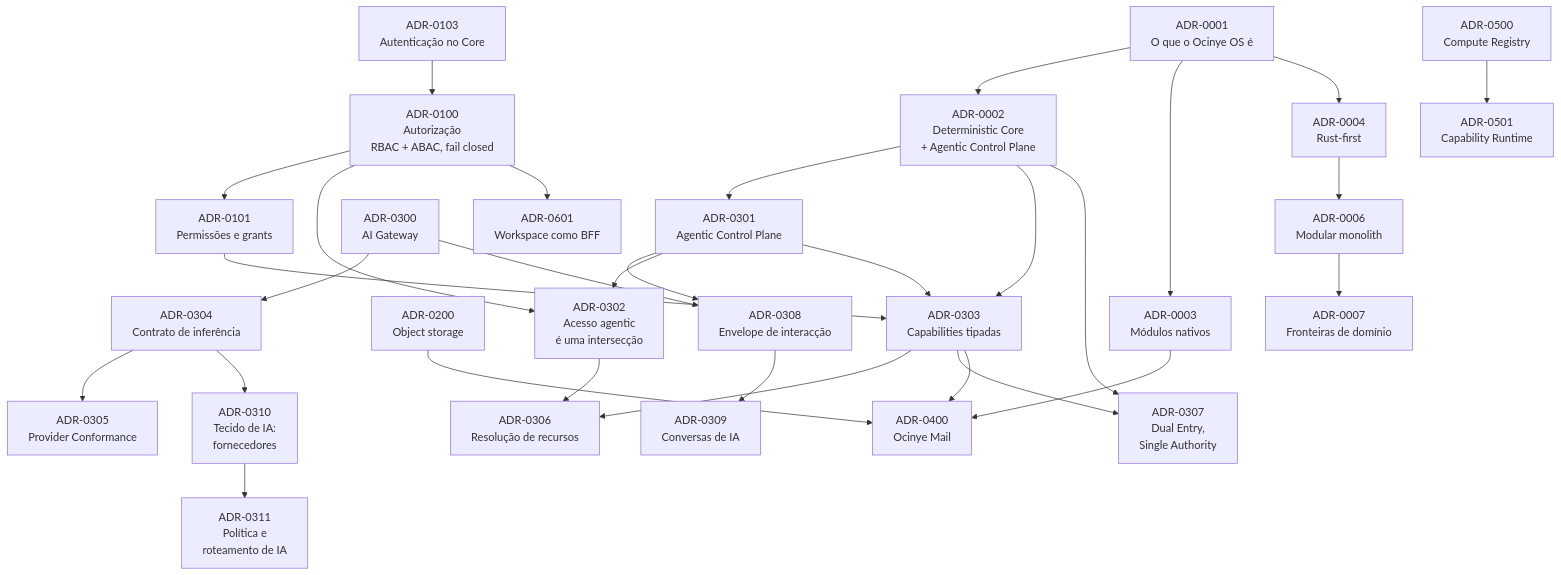
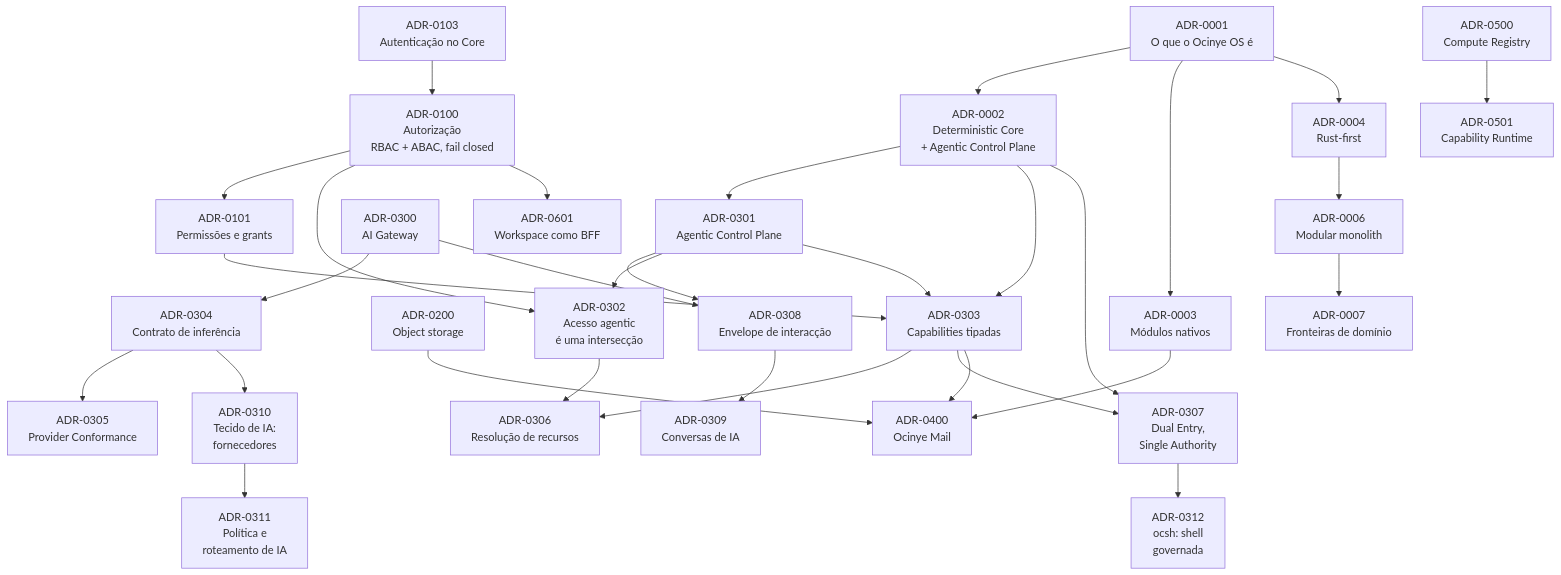
Before and after one commit to Ocinye/ocinye-os: the diagram in docs/adrs/README.md, drawn with Mermaid. The commit also changed other lines of this file and 6 other files, not shown here.

First line of the commit message:
feat(ocsh): M1 — lexer, parser and command registry (ADR-0312)

````diff
--- a/docs/adrs/README.md
+++ b/docs/adrs/README.md
@@ -38,62 +38,64 @@
 ```mermaid
 flowchart TB
     A0001["ADR-0001<br/>O que o Ocinye OS é"]
     A0002["ADR-0002<br/>Deterministic Core<br/>+ Agentic Control Plane"]
     A0003["ADR-0003<br/>Módulos nativos"]
     A0004["ADR-0004<br/>Rust-first"]
     A0100["ADR-0100<br/>Autorização<br/>RBAC + ABAC, fail closed"]
 
     A0006["ADR-0006<br/>Modular monolith"]
     A0101["ADR-0101<br/>Permissões e grants"]
     A0103["ADR-0103<br/>Autenticação no Core"]
     A0200["ADR-0200<br/>Object storage"]
     A0300["ADR-0300<br/>AI Gateway"]
     A0301["ADR-0301<br/>Agentic Control Plane"]
     A0302["ADR-0302<br/>Acesso agentic<br/>é uma intersecção"]
     A0303["ADR-0303<br/>Capabilities tipadas"]
     A0304["ADR-0304<br/>Contrato de inferência"]
     A0305["ADR-0305<br/>Provider Conformance"]
     A0306["ADR-0306<br/>Resolução de recursos"]
     A0307["ADR-0307<br/>Dual Entry,<br/>Single Authority"]
     A0308["ADR-0308<br/>Envelope de interacção"]
     A0309["ADR-0309<br/>Conversas de IA"]
     A0310["ADR-0310<br/>Tecido de IA:<br/>fornecedores"]
     A0311["ADR-0311<br/>Política e<br/>roteamento de IA"]
+    A0312["ADR-0312<br/>ocsh: shell<br/>governada"]
     A0400["ADR-0400<br/>Ocinye Mail"]
     A0500["ADR-0500<br/>Compute Registry"]
     A0501["ADR-0501<br/>Capability Runtime"]
     A0601["ADR-0601<br/>Workspace como BFF"]
 
     A0001 --> A0002
     A0001 --> A0003
     A0001 --> A0004
     A0002 --> A0301
     A0002 --> A0303
     A0003 --> A0400
     A0004 --> A0006
     A0006 --> A0007["ADR-0007<br/>Fronteiras de domínio"]
 
     A0100 --> A0101
     A0100 --> A0302
     A0100 --> A0601
     A0101 --> A0303
     A0103 --> A0100
 
     A0300 --> A0304
     A0304 --> A0305
     A0300 --> A0308
     A0301 --> A0308
     A0308 --> A0309
     A0304 --> A0310
     A0310 --> A0311
     A0303 --> A0306
     A0302 --> A0306
     A0301 --> A0302
     A0301 --> A0303
     A0303 --> A0307
+    A0307 --> A0312
     A0002 --> A0307
     A0303 --> A0400
 
     A0200 --> A0400
     A0500 --> A0501
 ```
````
